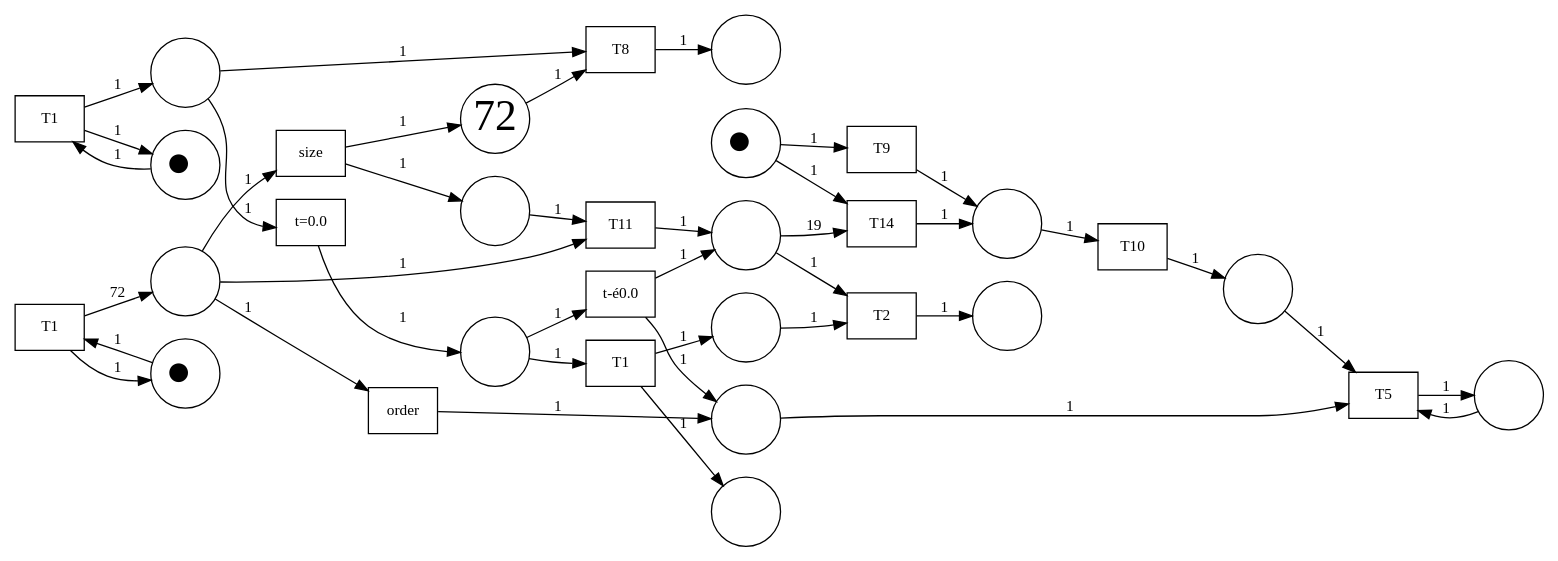
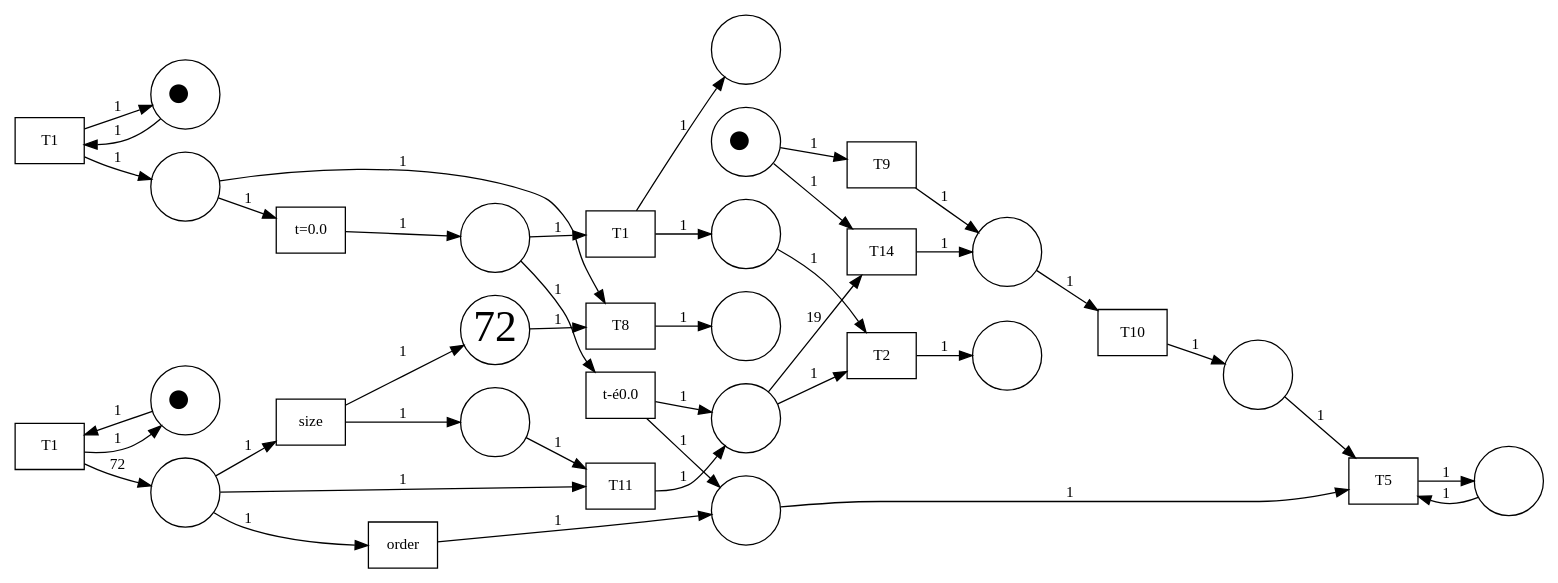
One commit to sam0ed/sketch2pnml changed the diagram in sketch2pnml/data/output/output.gv. Above: the diagram before and after it, drawn with Graphviz. The commit also changed 44 other files, not shown here.

```diff
--- a/sketch2pnml/data/output/output.gv
+++ b/sketch2pnml/data/output/output.gv
@@ -1,75 +1,75 @@
-digraph "imported_1747821826.2002823" {
+digraph "imported_1747860874.992569" {
 	graph [bgcolor=white rankdir=LR]
 	node [shape=box]
-	2836022235728 [label=T14 border=1 fillcolor=white fontcolor=black fontsize=12 style=filled]
-	2836022242960 [label=T1 border=1 fillcolor=white fontcolor=black fontsize=12 style=filled]
-	2836022146000 [label=T1 border=1 fillcolor=white fontcolor=black fontsize=12 style=filled]
-	2836022146640 [label=T8 border=1 fillcolor=white fontcolor=black fontsize=12 style=filled]
-	2836022140624 [label=T9 border=1 fillcolor=white fontcolor=black fontsize=12 style=filled]
-	2836022094480 [label=T11 border=1 fillcolor=white fontcolor=black fontsize=12 style=filled]
-	2836022413008 [label="t=0.0" border=1 fillcolor=white fontcolor=black fontsize=12 style=filled]
-	2836021878864 [label=order border=1 fillcolor=white fontcolor=black fontsize=12 style=filled]
-	2836022132816 [label=T10 border=1 fillcolor=white fontcolor=black fontsize=12 style=filled]
-	2836022085648 [label=size border=1 fillcolor=white fontcolor=black fontsize=12 style=filled]
-	2836021880848 [label=T1 border=1 fillcolor=white fontcolor=black fontsize=12 style=filled]
-	2836022318736 [label=T5 border=1 fillcolor=white fontcolor=black fontsize=12 style=filled]
-	2836022200016 [label="t-é0.0" border=1 fillcolor=white fontcolor=black fontsize=12 style=filled]
-	2834527599248 [label=T2 border=1 fillcolor=white fontcolor=black fontsize=12 style=filled]
-	2836022659600 [label=<&#9679;> fillcolor=white fixedsize=true fontsize=34 shape=circle style=filled width=0.75]
-	2834528139792 [label=<&#9679;> fillcolor=white fixedsize=true fontsize=34 shape=circle style=filled width=0.75]
-	2836022661072 [label=72 fillcolor=white fixedsize=true fontsize=34 shape=circle style=filled width=0.75]
-	2834527536016 [label=<&#9679;> fillcolor=white fixedsize=true fontsize=34 shape=circle style=filled width=0.75]
-	2836022664848 [label="" fillcolor=white fixedsize=true shape=circle style=filled width=0.75]
-	2834527547216 [label="" fillcolor=white fixedsize=true shape=circle style=filled width=0.75]
-	2836022669456 [label="" fillcolor=white fixedsize=true shape=circle style=filled width=0.75]
-	2836022658320 [label="" fillcolor=white fixedsize=true shape=circle style=filled width=0.75]
-	2836022662672 [label="" fillcolor=white fixedsize=true shape=circle style=filled width=0.75]
-	2834527597264 [label="" fillcolor=white fixedsize=true shape=circle style=filled width=0.75]
-	2836021784528 [label="" fillcolor=white fixedsize=true shape=circle style=filled width=0.75]
-	2836024759248 [label="" fillcolor=white fixedsize=true shape=circle style=filled width=0.75]
-	2834527540176 [label="" fillcolor=white fixedsize=true shape=circle style=filled width=0.75]
-	2836024758352 [label="" fillcolor=white fixedsize=true shape=circle style=filled width=0.75]
-	2836024756752 [label="" fillcolor=white fixedsize=true shape=circle style=filled width=0.75]
-	2836024759952 [label="" fillcolor=white fixedsize=true shape=circle style=filled width=0.75]
-	2836022316816 [label="" fillcolor=white fixedsize=true shape=circle style=filled width=0.75]
-	2836022659600 -> 2836022235728 [label=1 arrowhead=normal fontsize=12]
-	2834527536016 -> 2836022146000 [label=1 arrowhead=normal fontsize=12]
-	2836022659600 -> 2836022140624 [label=1 arrowhead=normal fontsize=12]
-	2836022661072 -> 2836022146640 [label=1 arrowhead=normal fontsize=12]
-	2834528139792 -> 2836022242960 [label=1 arrowhead=normal fontsize=12]
-	2836022146000 -> 2834527536016 [label=1 arrowhead=normal fontsize=12]
-	2836022242960 -> 2834528139792 [label=1 arrowhead=normal fontsize=12]
-	2836022146000 -> 2834527547216 [label=1 arrowhead=normal fontsize=12]
-	2836022235728 -> 2836022664848 [label=1 arrowhead=normal fontsize=12]
-	2836022242960 -> 2836022658320 [label=72 arrowhead=normal fontsize=12]
-	2836022140624 -> 2836022664848 [label=1 arrowhead=normal fontsize=12]
-	2836022146640 -> 2836022669456 [label=1 arrowhead=normal fontsize=12]
-	2834527547216 -> 2836022146640 [label=1 arrowhead=normal fontsize=12]
-	2834527547216 -> 2836022413008 [label=1 arrowhead=normal fontsize=12]
-	2836022658320 -> 2836021878864 [label=1 arrowhead=normal fontsize=12]
-	2836022658320 -> 2836022094480 [label=1 arrowhead=normal fontsize=12]
-	2836022664848 -> 2836022132816 [label=1 arrowhead=normal fontsize=12]
-	2836022658320 -> 2836022085648 [label=1 arrowhead=normal fontsize=12]
-	2836022085648 -> 2836022661072 [label=1 arrowhead=normal fontsize=12]
-	2836021878864 -> 2836021784528 [label=1 arrowhead=normal fontsize=12]
-	2836022132816 -> 2834527540176 [label=1 arrowhead=normal fontsize=12]
-	2836022413008 -> 2836024759248 [label=1 arrowhead=normal fontsize=12]
-	2836022085648 -> 2836022662672 [label=1 arrowhead=normal fontsize=12]
-	2836022094480 -> 2834527597264 [label=1 arrowhead=normal fontsize=12]
-	2834527597264 -> 2836022235728 [label=19 arrowhead=normal fontsize=12]
-	2836022662672 -> 2836022094480 [label=1 arrowhead=normal fontsize=12]
-	2836024759248 -> 2836021880848 [label=1 arrowhead=normal fontsize=12]
-	2836024759248 -> 2836022200016 [label=1 arrowhead=normal fontsize=12]
-	2834527597264 -> 2834527599248 [label=1 arrowhead=normal fontsize=12]
-	2836021784528 -> 2836022318736 [label=1 arrowhead=normal fontsize=12]
-	2834527540176 -> 2836022318736 [label=1 arrowhead=normal fontsize=12]
-	2836022200016 -> 2836021784528 [label=1 arrowhead=normal fontsize=12]
-	2836022200016 -> 2834527597264 [label=1 arrowhead=normal fontsize=12]
-	2836021880848 -> 2836024758352 [label=1 arrowhead=normal fontsize=12]
-	2836021880848 -> 2836024756752 [label=1 arrowhead=normal fontsize=12]
-	2834527599248 -> 2836024759952 [label=1 arrowhead=normal fontsize=12]
-	2836022318736 -> 2836022316816 [label=1 arrowhead=normal fontsize=12]
-	2836022316816 -> 2836022318736 [label=1 arrowhead=normal fontsize=12]
-	2836024756752 -> 2834527599248 [label=1 arrowhead=normal fontsize=12]
+	2593521484304 [label=T1 border=1 fillcolor=white fontcolor=black fontsize=12 style=filled]
+	2593521498128 [label=T8 border=1 fillcolor=white fontcolor=black fontsize=12 style=filled]
+	2593521465360 [label=T9 border=1 fillcolor=white fontcolor=black fontsize=12 style=filled]
+	2593521954128 [label=T1 border=1 fillcolor=white fontcolor=black fontsize=12 style=filled]
+	2593521947984 [label=T14 border=1 fillcolor=white fontcolor=black fontsize=12 style=filled]
+	2593521761808 [label=T11 border=1 fillcolor=white fontcolor=black fontsize=12 style=filled]
+	2593521955728 [label=size border=1 fillcolor=white fontcolor=black fontsize=12 style=filled]
+	2593521545232 [label="t=0.0" border=1 fillcolor=white fontcolor=black fontsize=12 style=filled]
+	2593521487568 [label=order border=1 fillcolor=white fontcolor=black fontsize=12 style=filled]
+	2593521749072 [label=T10 border=1 fillcolor=white fontcolor=black fontsize=12 style=filled]
+	2593521538256 [label=T1 border=1 fillcolor=white fontcolor=black fontsize=12 style=filled]
+	2593521499792 [label=T5 border=1 fillcolor=white fontcolor=black fontsize=12 style=filled]
+	2593521535248 [label="t-é0.0" border=1 fillcolor=white fontcolor=black fontsize=12 style=filled]
+	2593521538512 [label=T2 border=1 fillcolor=white fontcolor=black fontsize=12 style=filled]
+	2593521924560 [label=<&#9679;> fillcolor=white fixedsize=true fontsize=34 shape=circle style=filled width=0.75]
+	2593521413520 [label=<&#9679;> fillcolor=white fixedsize=true fontsize=34 shape=circle style=filled width=0.75]
+	2593521416208 [label=<&#9679;> fillcolor=white fixedsize=true fontsize=34 shape=circle style=filled width=0.75]
+	2593521923536 [label=72 fillcolor=white fixedsize=true fontsize=34 shape=circle style=filled width=0.75]
+	2593521923664 [label="" fillcolor=white fixedsize=true shape=circle style=filled width=0.75]
+	2593521548624 [label="" fillcolor=white fixedsize=true shape=circle style=filled width=0.75]
+	2593521606224 [label="" fillcolor=white fixedsize=true shape=circle style=filled width=0.75]
+	2593521916176 [label="" fillcolor=white fixedsize=true shape=circle style=filled width=0.75]
+	2593522092240 [label="" fillcolor=white fixedsize=true shape=circle style=filled width=0.75]
+	2593521615184 [label="" fillcolor=white fixedsize=true shape=circle style=filled width=0.75]
+	2593521917840 [label="" fillcolor=white fixedsize=true shape=circle style=filled width=0.75]
+	2593521536336 [label="" fillcolor=white fixedsize=true shape=circle style=filled width=0.75]
+	2593521539216 [label="" fillcolor=white fixedsize=true shape=circle style=filled width=0.75]
+	2593521624144 [label="" fillcolor=white fixedsize=true shape=circle style=filled width=0.75]
+	2593521624912 [label="" fillcolor=white fixedsize=true shape=circle style=filled width=0.75]
+	2593521620880 [label="" fillcolor=white fixedsize=true shape=circle style=filled width=0.75]
+	2593522097552 [label="" fillcolor=white fixedsize=true shape=circle style=filled width=0.75]
+	2593521416208 -> 2593521465360 [label=1 arrowhead=normal fontsize=12]
+	2593521416208 -> 2593521947984 [label=1 arrowhead=normal fontsize=12]
+	2593521924560 -> 2593521954128 [label=1 arrowhead=normal fontsize=12]
+	2593521413520 -> 2593521484304 [label=1 arrowhead=normal fontsize=12]
+	2593521923536 -> 2593521498128 [label=1 arrowhead=normal fontsize=12]
+	2593521954128 -> 2593521924560 [label=1 arrowhead=normal fontsize=12]
+	2593521484304 -> 2593521413520 [label=1 arrowhead=normal fontsize=12]
+	2593521498128 -> 2593521916176 [label=1 arrowhead=normal fontsize=12]
+	2593521947984 -> 2593521923664 [label=1 arrowhead=normal fontsize=12]
+	2593521465360 -> 2593521923664 [label=1 arrowhead=normal fontsize=12]
+	2593521954128 -> 2593521548624 [label=72 arrowhead=normal fontsize=12]
+	2593521484304 -> 2593521606224 [label=1 arrowhead=normal fontsize=12]
+	2593521606224 -> 2593521498128 [label=1 arrowhead=normal fontsize=12]
+	2593521606224 -> 2593521545232 [label=1 arrowhead=normal fontsize=12]
+	2593521548624 -> 2593521955728 [label=1 arrowhead=normal fontsize=12]
+	2593521923664 -> 2593521749072 [label=1 arrowhead=normal fontsize=12]
+	2593521548624 -> 2593521761808 [label=1 arrowhead=normal fontsize=12]
+	2593521548624 -> 2593521487568 [label=1 arrowhead=normal fontsize=12]
+	2593521955728 -> 2593521923536 [label=1 arrowhead=normal fontsize=12]
+	2593521487568 -> 2593522092240 [label=1 arrowhead=normal fontsize=12]
+	2593521955728 -> 2593521536336 [label=1 arrowhead=normal fontsize=12]
+	2593521545232 -> 2593521615184 [label=1 arrowhead=normal fontsize=12]
+	2593521749072 -> 2593521917840 [label=1 arrowhead=normal fontsize=12]
+	2593521761808 -> 2593521539216 [label=1 arrowhead=normal fontsize=12]
+	2593521539216 -> 2593521947984 [label=19 arrowhead=normal fontsize=12]
+	2593521536336 -> 2593521761808 [label=1 arrowhead=normal fontsize=12]
+	2593521917840 -> 2593521499792 [label=1 arrowhead=normal fontsize=12]
+	2593521615184 -> 2593521538256 [label=1 arrowhead=normal fontsize=12]
+	2593521615184 -> 2593521535248 [label=1 arrowhead=normal fontsize=12]
+	2593521539216 -> 2593521538512 [label=1 arrowhead=normal fontsize=12]
+	2593522092240 -> 2593521499792 [label=1 arrowhead=normal fontsize=12]
+	2593521535248 -> 2593521539216 [label=1 arrowhead=normal fontsize=12]
+	2593521535248 -> 2593522092240 [label=1 arrowhead=normal fontsize=12]
+	2593521499792 -> 2593522097552 [label=1 arrowhead=normal fontsize=12]
+	2593521538512 -> 2593521624912 [label=1 arrowhead=normal fontsize=12]
+	2593521538256 -> 2593521620880 [label=1 arrowhead=normal fontsize=12]
+	2593521538256 -> 2593521624144 [label=1 arrowhead=normal fontsize=12]
+	2593522097552 -> 2593521499792 [label=1 arrowhead=normal fontsize=12]
+	2593521620880 -> 2593521538512 [label=1 arrowhead=normal fontsize=12]
 	overlap=false
 }
```
